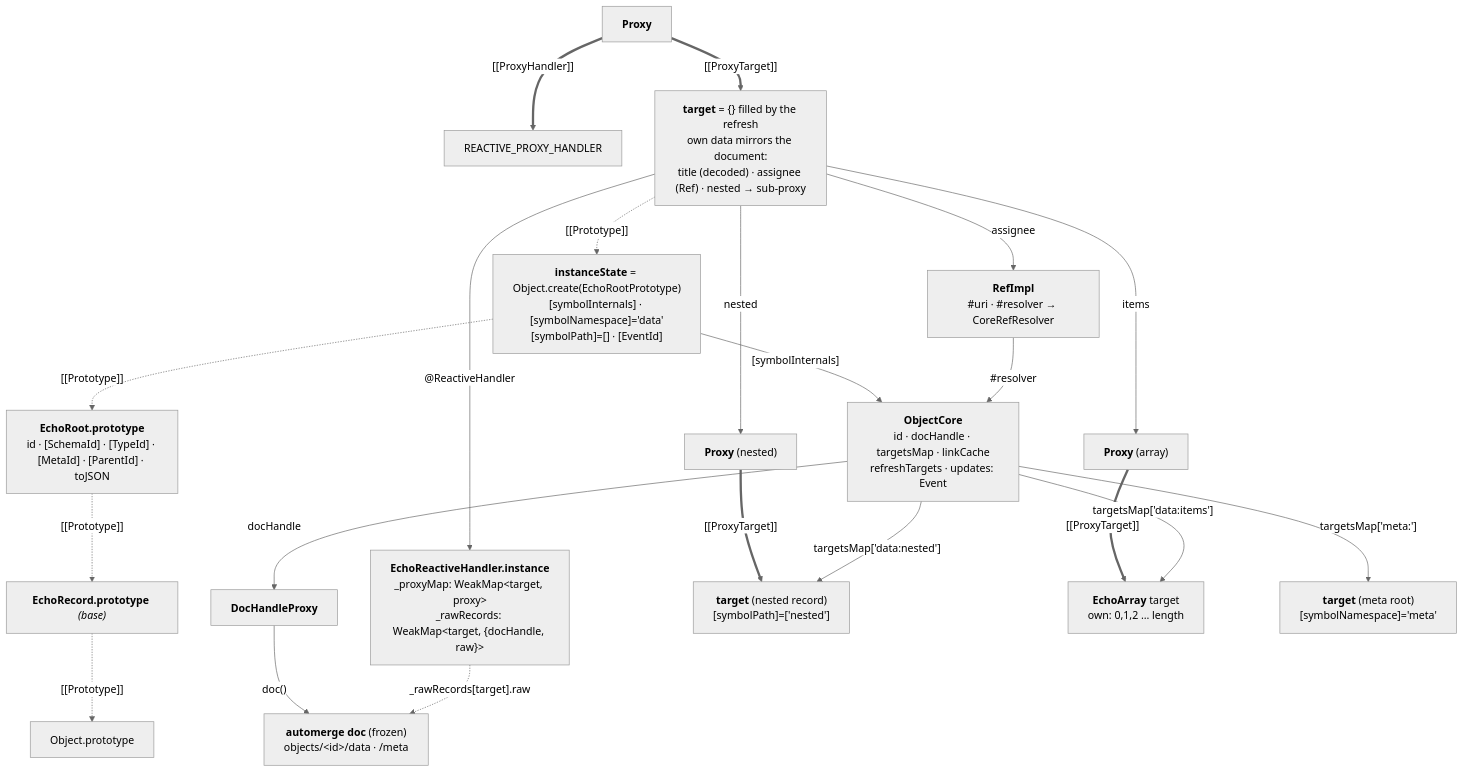
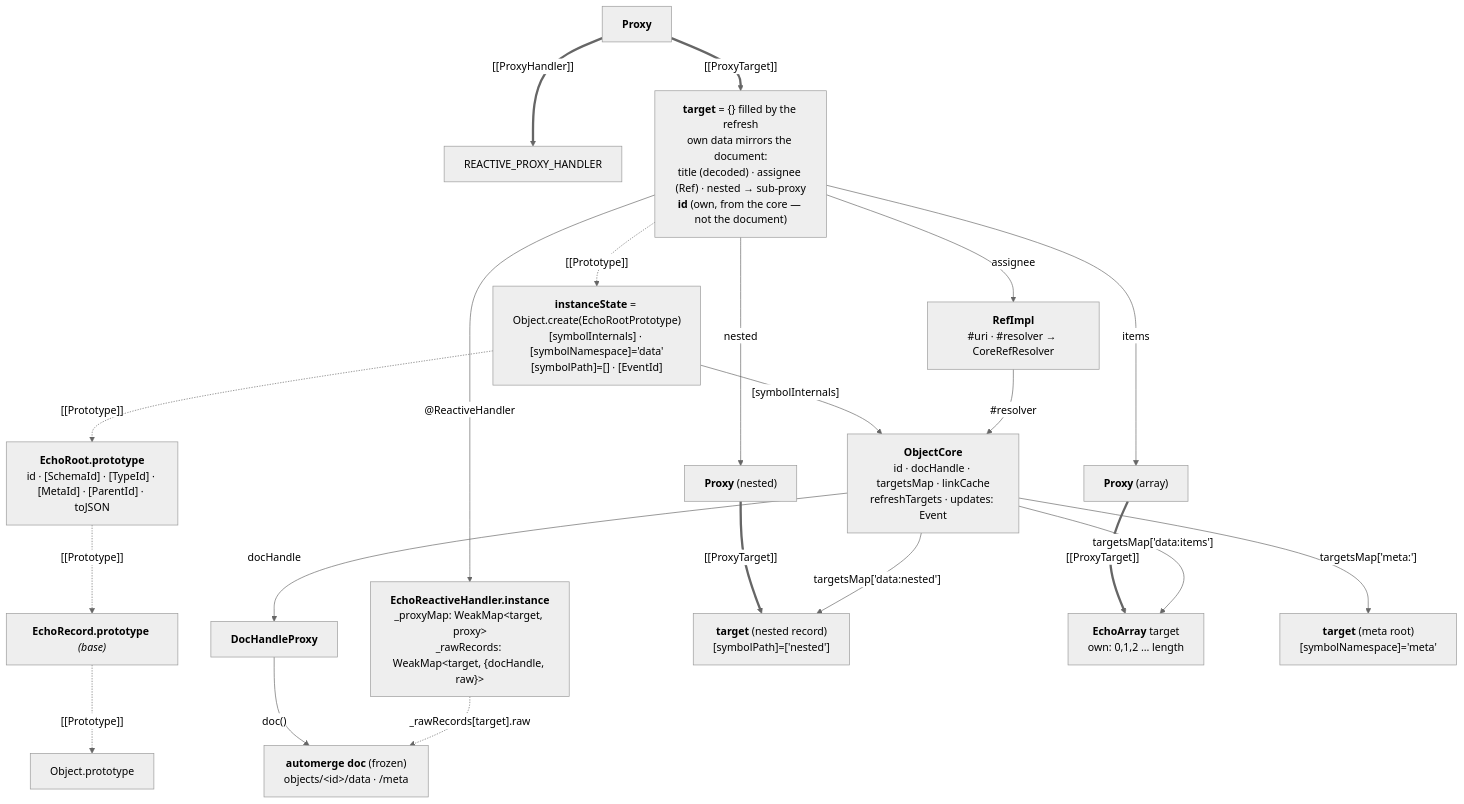
One commit to dxos/dxos changed the third of 5 diagrams in .agents/projects/echo-plain-objects/OBJECT-LAYOUT.md. Above: the diagram before and after it, drawn with Mermaid (neutral theme). The commit also changed other lines of this file, not shown here.

First line of the commit message:
echo-plain-objects: bring the layout diagrams up to date

````diff
--- a/.agents/projects/echo-plain-objects/OBJECT-LAYOUT.md
+++ b/.agents/projects/echo-plain-objects/OBJECT-LAYOUT.md
@@ -86,41 +88,41 @@
 ```mermaid
 graph TD
   P["<b>Proxy</b>"]
   H["REACTIVE_PROXY_HANDLER"]
-  T["<b>target</b> = {} filled by the refresh<br/>own data mirrors the document:<br/>title (decoded) · assignee (Ref) · nested → sub-proxy"]
+  T["<b>target</b> = {} filled by the refresh<br/>own data mirrors the document:<br/>title (decoded) · assignee (Ref) · nested → sub-proxy<br/><b>id</b> (own, from the core — not the document)"]
   IS["<b>instanceState</b> = Object.create(EchoRootPrototype)<br/>[symbolInternals] · [symbolNamespace]='data'<br/>[symbolPath]=[] · [EventId]"]
   ER["<b>EchoRoot.prototype</b><br/>id · [SchemaId] · [TypeId] · [MetaId] · [ParentId] · toJSON"]
   ERC["<b>EchoRecord.prototype</b> <i>(base)</i>"]
   OP["Object.prototype"]
   HANDLER["<b>EchoReactiveHandler.instance</b><br/>_proxyMap: WeakMap&lt;target, proxy&gt;<br/>_rawRecords: WeakMap&lt;target, {docHandle, raw}&gt;"]
   CORE["<b>ObjectCore</b><br/>id · docHandle · targetsMap · linkCache<br/>refreshTargets · updates: Event"]
   DH["<b>DocHandleProxy</b>"]
   DOC["<b>automerge doc</b> (frozen)<br/>objects/&lt;id&gt;/data · /meta"]
   REF["<b>RefImpl</b><br/>#uri · #resolver → CoreRefResolver"]
   NT["<b>target</b> (nested record)<br/>[symbolPath]=['nested']"]
   NP["<b>Proxy</b> (nested)"]
   AT["<b>EchoArray</b> target<br/>own: 0,1,2 … length"]
   AP["<b>Proxy</b> (array)"]
   MT["<b>target</b> (meta root)<br/>[symbolNamespace]='meta'"]
 
   P ==>|"[[ProxyTarget]]"| T
   P ==>|"[[ProxyHandler]]"| H
   T -.->|"[[Prototype]]"| IS
   IS -.->|"[[Prototype]]"| ER
   ER -.->|"[[Prototype]]"| ERC
   ERC -.->|"[[Prototype]]"| OP
   T -->|"@ReactiveHandler"| HANDLER
   IS -->|"[symbolInternals]"| CORE
   CORE -->|"docHandle"| DH
   DH -->|"doc()"| DOC
   T -->|"assignee"| REF
   REF -->|"#resolver"| CORE
   T -->|"nested"| NP
   NP ==>|"[[ProxyTarget]]"| NT
   T -->|"items"| AP
   AP ==>|"[[ProxyTarget]]"| AT
   CORE -->|"targetsMap['data:nested']"| NT
   CORE -->|"targetsMap['data:items']"| AT
   CORE -->|"targetsMap['meta:']"| MT
   HANDLER -.->|"_rawRecords[target].raw"| DOC
 ```
````
